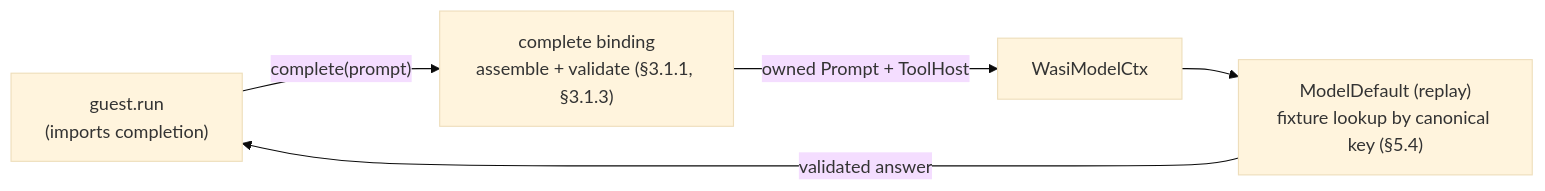
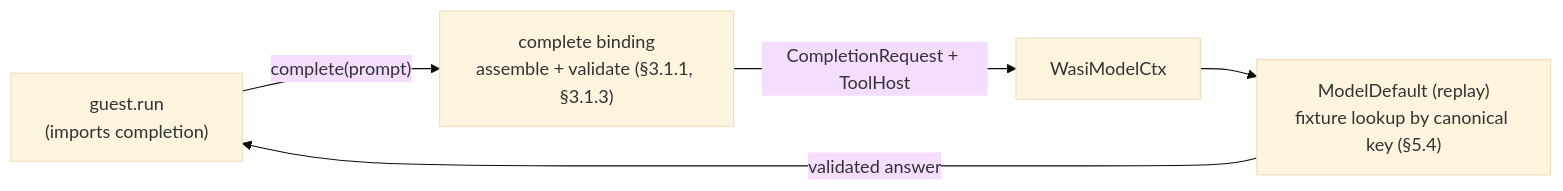
The diagram in examples/model/README.md (augentic/omnia), drawn with Mermaid (base theme) before and after one commit. The commit also changed 8 other files, not shown here.

Commit message:
move assembly to wasi-model

````diff
--- a/examples/model/README.md
+++ b/examples/model/README.md
@@ -14,7 +14,7 @@
 ```mermaid
 flowchart LR
   guest["guest.run<br/>(imports completion)"] -->|"complete(prompt)"| bind["complete binding<br/>assemble + validate (§3.1.1, §3.1.3)"]
-  bind -->|"owned Prompt + ToolHost"| ctx["WasiModelCtx"]
+  bind -->|"CompletionRequest + ToolHost"| ctx["WasiModelCtx"]
   ctx --> replay["ModelDefault (replay)<br/>fixture lookup by canonical key (§5.4)"]
   replay -->|"validated answer"| guest
 ```
````
